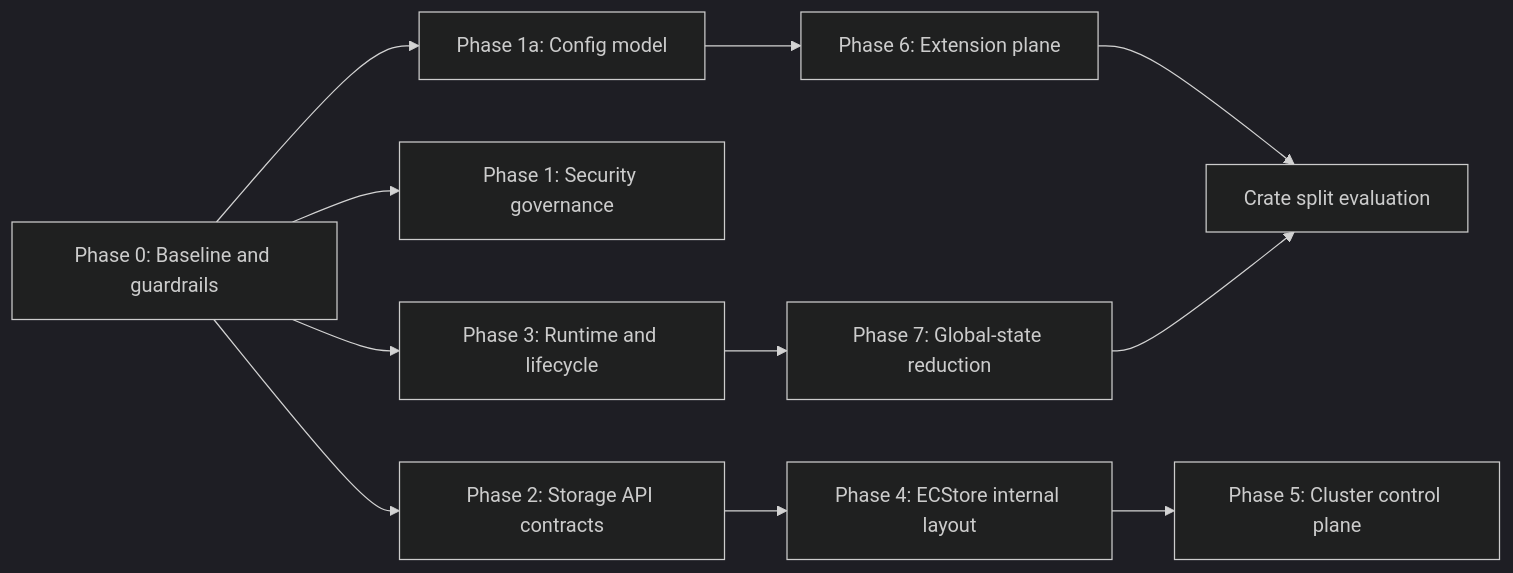
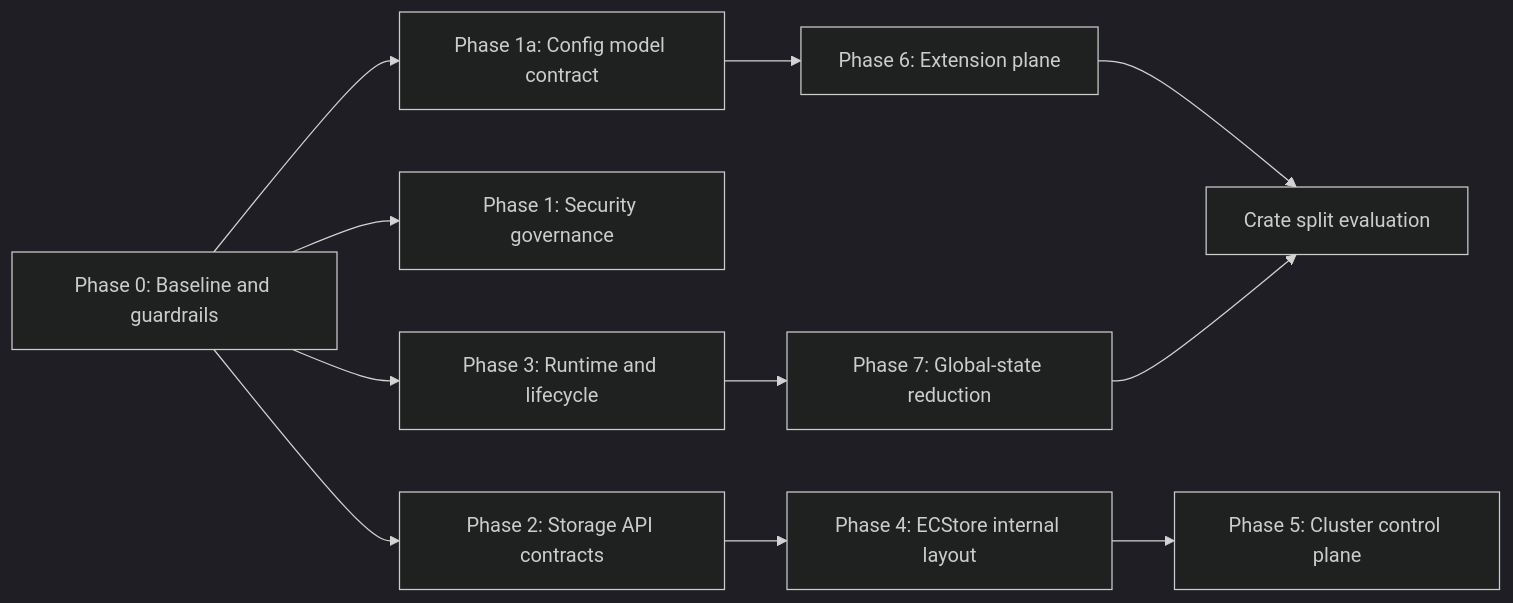
One commit to rustfs/rustfs changed the diagram in docs/architecture/overview.md. Above: the diagram before and after it, drawn with Mermaid (dark theme). The commit also changed other lines of this file and 2 other files, not shown here.

Commit message:
docs: inventory ecstore config consumers

````diff
--- a/docs/architecture/overview.md
+++ b/docs/architecture/overview.md
@@ -34,24 +37,24 @@
 ```mermaid
 flowchart LR
     G["Phase 0: Baseline and guardrails"]
-    CFG["Phase 1a: Config model"]
+    CFG["Phase 1a: Config model contract"]
     SEC["Phase 1: Security governance"]
     API["Phase 2: Storage API contracts"]
     RT["Phase 3: Runtime and lifecycle"]
     EC["Phase 4: ECStore internal layout"]
     CP["Phase 5: Cluster control plane"]
     EXT["Phase 6: Extension plane"]
     GS["Phase 7: Global-state reduction"]
     CR["Crate split evaluation"]
 
     G --> CFG
     G --> SEC
     G --> API
     G --> RT
     CFG --> EXT
     API --> EC
     RT --> GS
     EC --> CP
     EXT --> CR
     GS --> CR
 ```
````
